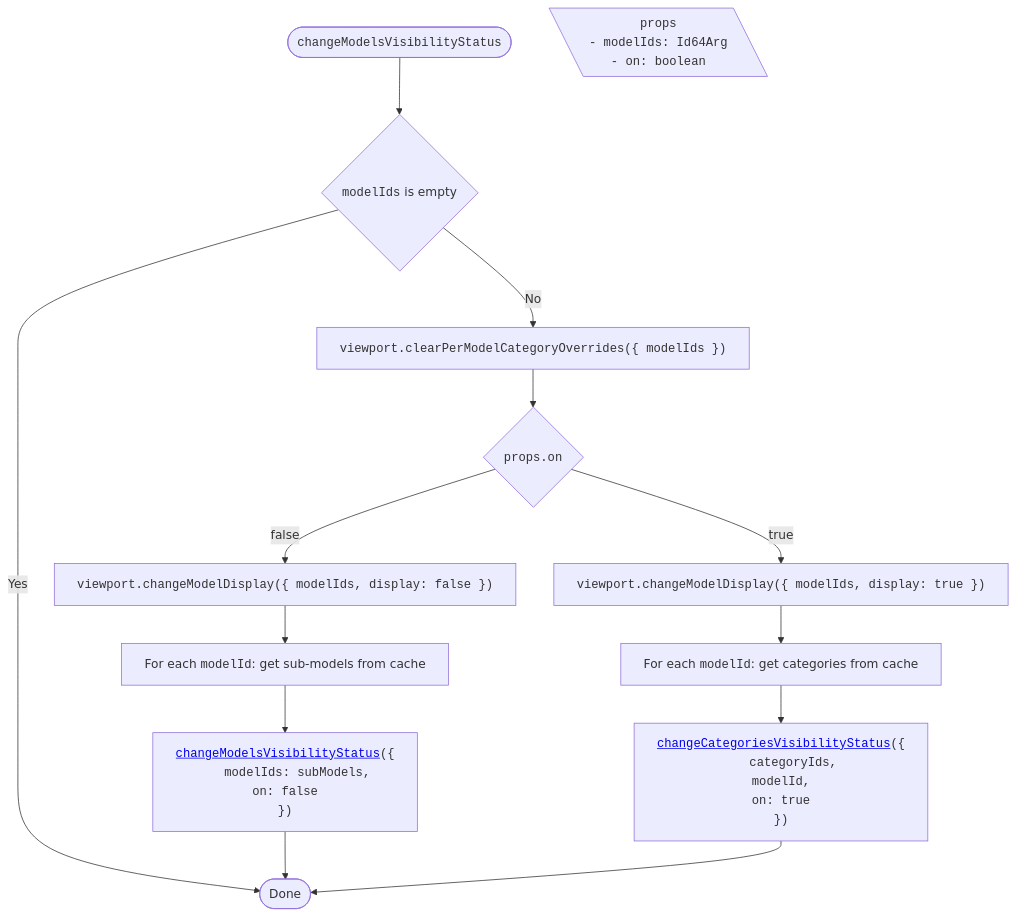
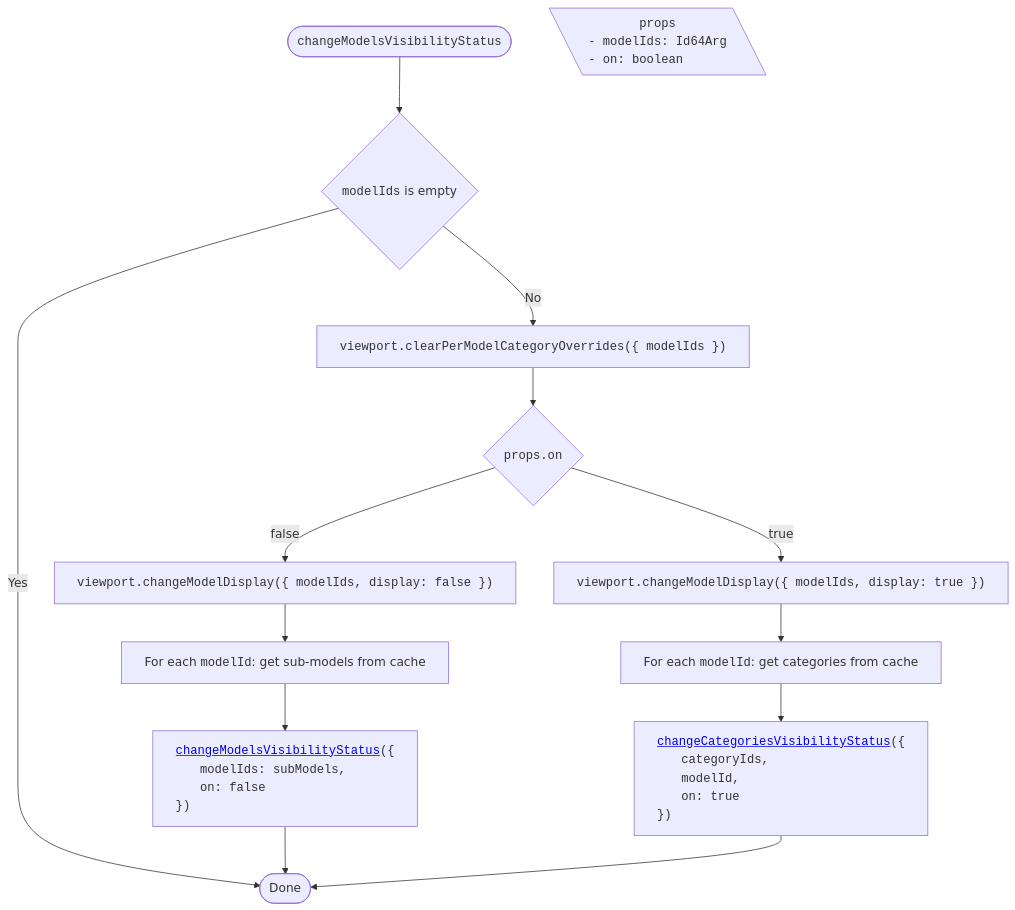
One commit to iTwin/viewer-components-react changed the eighth of 14 diagrams in packages/itwin/tree-widget/docs/SharedVisibilityHandling.md. Above: the diagram before and after it, drawn with Mermaid. The commit also changed other lines of this file and 3 other files, not shown here.

````diff
--- a/packages/itwin/tree-widget/docs/SharedVisibilityHandling.md
+++ b/packages/itwin/tree-widget/docs/SharedVisibilityHandling.md
@@ -513,43 +513,43 @@
 ```mermaid
 ---
 config:
   flowchart:
     wrappingWidth: 750
     useMaxWidth: false
 ---
 
 flowchart TD
   RESULT_Done([Done])
 
   %% Start
   TITLE(["<code>changeModelsVisibilityStatus</code>"]) --> A{"<code>modelIds</code> is empty"}
 
   PROPS[\"
     <code>props</code>
-    <code style='text-align: left;'>- modelIds: Id64Arg<br/>- on: boolean</code>
+    <code style='display: block; text-align: left;'>- modelIds: Id64Arg<br/>- on: boolean</code>
   "\]
 
   A -- Yes --> RESULT_Done
   A -- No --> B["<code>viewport.clearPerModelCategoryOverrides({ modelIds })</code>"]
 
   B --> C{"<code>props.on</code>"}
 
   %% Branch off
   C -- false --> D["<code>viewport.changeModelDisplay({ modelIds, display: false })</code>"]
   D --> E["For each <code>modelId</code>: get sub-models from cache"]
-  E --> F["<code style='text-align: left;'><a href='#changemodelsvisibilitystatus'>changeModelsVisibilityStatus</a>({
-    <code style='padding-left: 2rem'>modelIds: subModels,
-    on: false</code>
+  E --> F["<code style='display: block; text-align: left;'><a href='#changemodelsvisibilitystatus'>changeModelsVisibilityStatus</a>({
+    <code style='padding-left: 2rem'>modelIds: subModels,</code>
+    <code style='padding-left: 2rem'>on: false</code>
   })</code>"]
   F --> RESULT_Done
 
   %% Branch on
   C -- true --> G["<code>viewport.changeModelDisplay({ modelIds, display: true })</code>"]
   G --> H["For each <code>modelId</code>: get categories from cache"]
-  H --> I["<code style='text-align: left;'><a href='#changecategoriesvisibilitystatus'>changeCategoriesVisibilityStatus</a>({
-    <code style='padding-left: 2rem'>categoryIds,
-    modelId,
-    on: true</code>
+  H --> I["<code style='display: block; text-align: left;'><a href='#changecategoriesvisibilitystatus'>changeCategoriesVisibilityStatus</a>({
+    <code style='padding-left: 2rem'>categoryIds,</code>
+    <code style='padding-left: 2rem'>modelId,</code>
+    <code style='padding-left: 2rem'>on: true</code>
   })</code>"]
   I --> RESULT_Done
 ```
````
